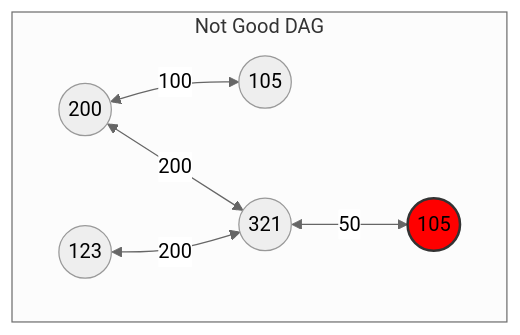
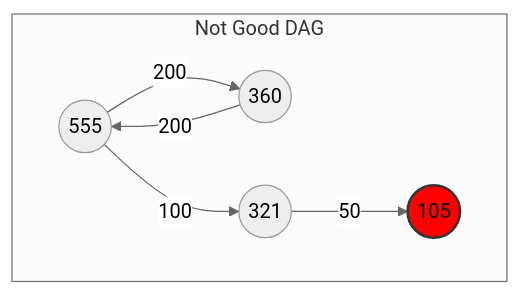
One commit to algosup/2024-2025-project-3-quickest-path-team-2 changed the second of 17 diagrams in documents/technical/technical_specification.md. Above: the diagram before and after it, drawn with Mermaid (neutral theme). The commit also changed other lines of this file, not shown here.

````diff
--- a/documents/technical/technical_specification.md
+++ b/documents/technical/technical_specification.md
@@ -336,10 +339,10 @@
 ```mermaid
 graph
     subgraph Not Good DAG
-        a((200)) -- 100 <--> b((105))
-        a((200)) -- 200 <--> d((321))
-        f((123)) -- 200 <--> d((321))
-        d((321)) -- 50 <--> e((105)):::no
+        a((105)) -- 200 --> b((360))
+        a((555)) -- 100 --> d((900))
+        b((360)) -- 200 --> a
+        d((321)) -- 50 --> e((105)):::no
         classDef no fill:#f00,stroke:#333,stroke-width:2px;
     end
 ```
````
